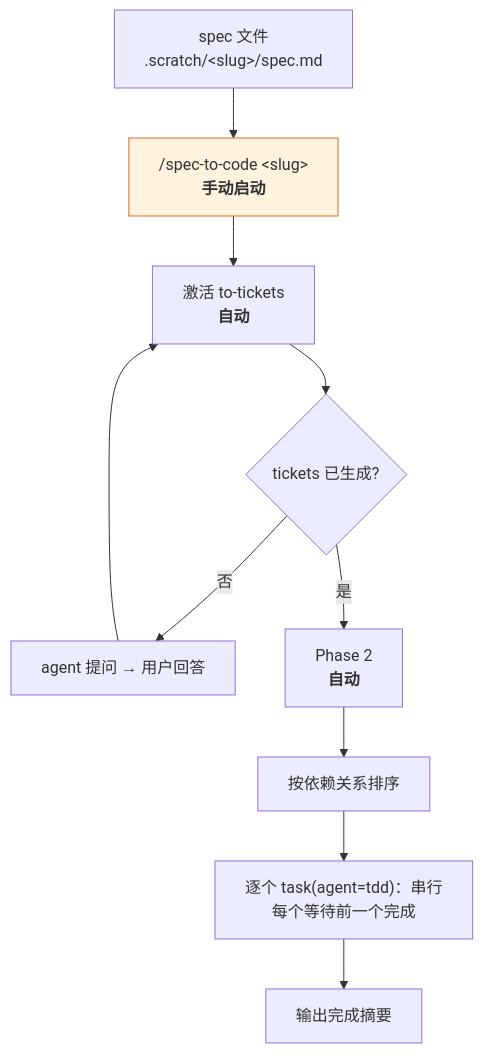
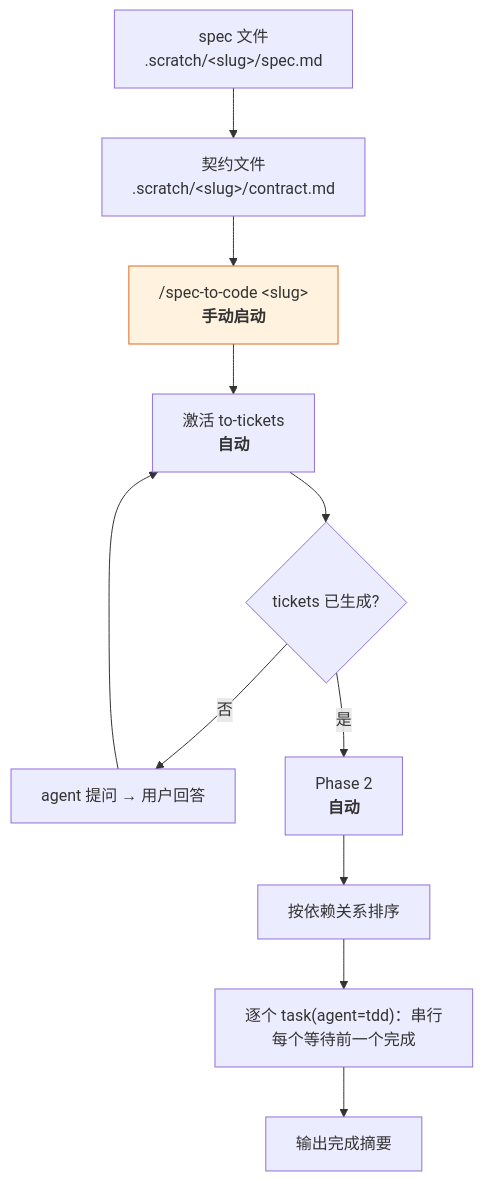
The second of 2 diagrams in README.cn.md (hugosol/oh-my-wayfinder), drawn with Mermaid before and after one commit. The commit also changed other lines of this file and 9 other files, not shown here.

````diff
--- a/README.cn.md
+++ b/README.cn.md
@@ -96,13 +100,14 @@
 ```mermaid
 flowchart TD
-    P["spec 文件<br/>.scratch/&lt;slug&gt;/spec.md"] --> C["/spec-to-code &lt;slug&gt;<br/><b>手动启动</b>"]
+    P["spec 文件<br/>.scratch/&lt;slug&gt;/spec.md"] --> CT["契约文件<br/>.scratch/&lt;slug&gt;/contract.md"]
+    CT --> C["/spec-to-code &lt;slug&gt;<br/><b>手动启动</b>"]
     C --> A["激活 to-tickets<br/><b>自动</b>"]
     A --> Q{"tickets 已生成?"}
     Q -->|"否"| QA["agent 提问 → 用户回答"] --> A
     Q -->|"是"| P2["Phase 2<br/><b>自动</b>"]
     P2 --> ORD["按依赖关系排序"]
     ORD --> TD["逐个 task(agent=tdd)：串行<br/>每个等待前一个完成"]
     TD --> DONE["输出完成摘要"]
 
     style C fill:#fff3e0,stroke:#dd6b20
 ```
````
